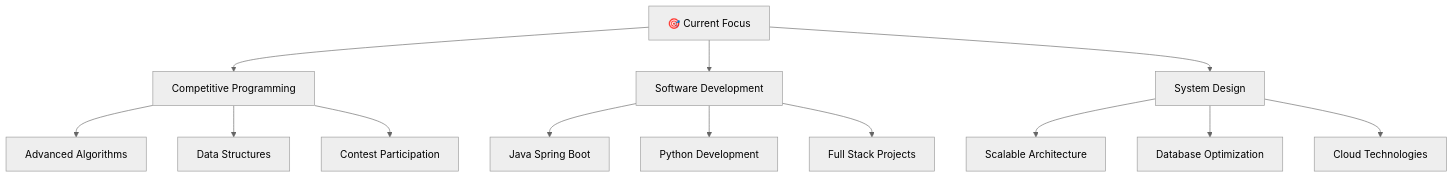
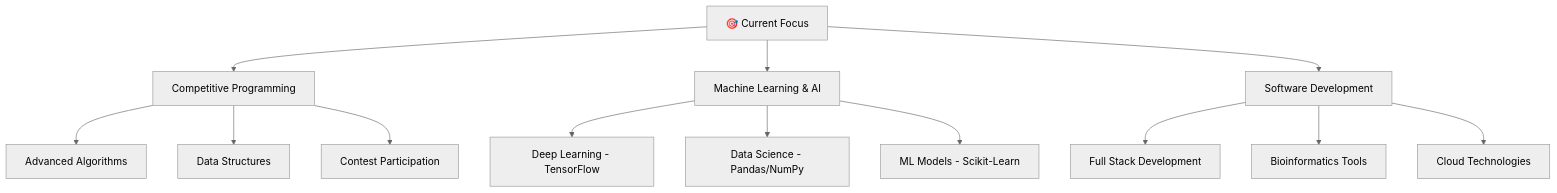
Before and after one commit to saurabhhhcodes/saurabhhhcodes: the diagram in README.md, drawn with Mermaid (neutral theme). The commit also changed other lines of this file, not shown here.

Commit message:
🤖 Add Machine Learning expertise: TensorFlow, Scikit-Learn, Pandas, NumPy

````diff
--- a/README.md
+++ b/README.md
@@ -122,18 +139,18 @@
 ```mermaid
 graph TD
     A[🎯 Current Focus] --> B[Competitive Programming]
-    A --> C[Software Development]
-    A --> D[System Design]
+    A --> C[Machine Learning & AI]
+    A --> D[Software Development]
 
     B --> E[Advanced Algorithms]
     B --> F[Data Structures]
     B --> G[Contest Participation]
 
-    C --> H[Java Spring Boot]
-    C --> I[Python Development]
-    C --> J[Full Stack Projects]
+    C --> H[Deep Learning - TensorFlow]
+    C --> I[Data Science - Pandas/NumPy]
+    C --> J[ML Models - Scikit-Learn]
 
-    D --> K[Scalable Architecture]
-    D --> L[Database Optimization]
+    D --> K[Full Stack Development]
+    D --> L[Bioinformatics Tools]
     D --> M[Cloud Technologies]
 ```
````
